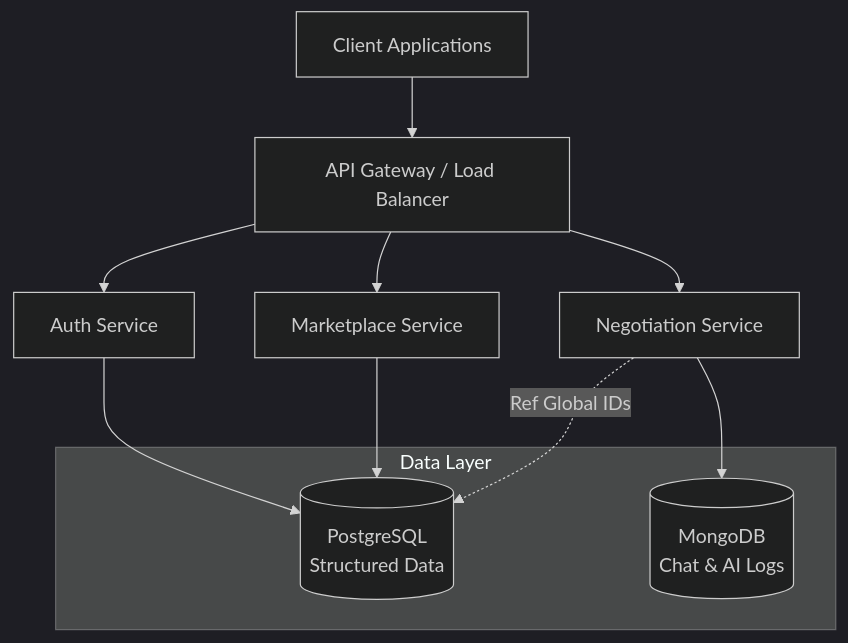
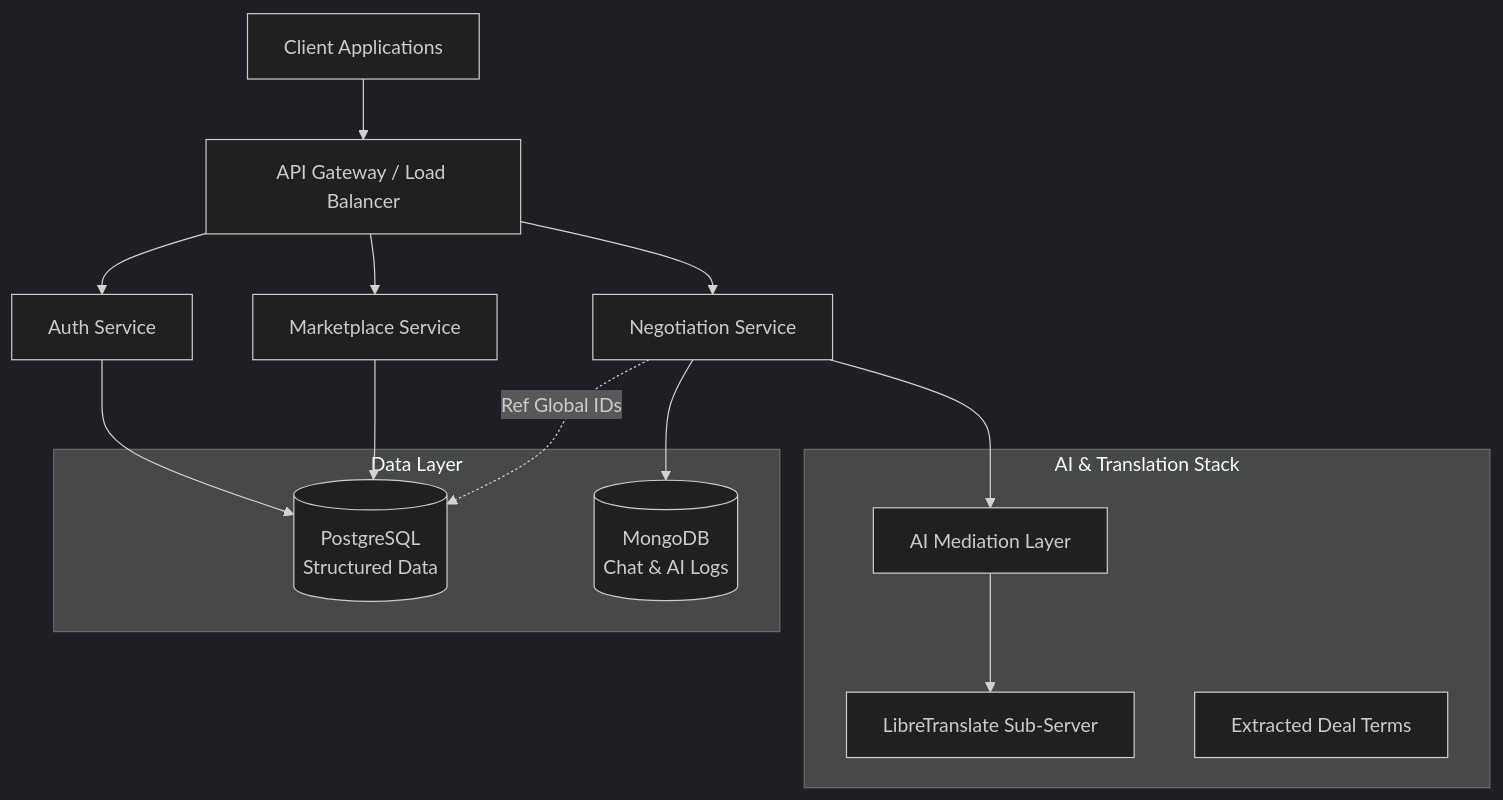
Before and after one commit to SowmyaLR/vikshitbharat: the diagram in README.md, drawn with Mermaid (dark theme). The commit also changed other lines of this file, not shown here.

````diff
--- a/README.md
+++ b/README.md
@@ -126,17 +150,25 @@
 ```mermaid
 graph TD
     Client[Client Applications] --> API[API Gateway / Load Balancer]
     API --> Auth[Auth Service]
     API --> Market[Marketplace Service]
     API --> Neg[Negotiation Service]
+
+    subgraph "AI & Translation Stack"
+        LT[LibreTranslate Sub-Server]
+        Med[AI Mediation Layer]
+        Ex[Extracted Deal Terms]
+    end
 
     subgraph "Data Layer"
         Postgres[(PostgreSQL\nStructured Data)]
         Mongo[(MongoDB\nChat & AI Logs)]
     end
 
     Auth --> Postgres
     Market --> Postgres
     Neg --> Mongo
     Neg -.->|Ref Global IDs| Postgres
+    Neg --> Med
+    Med --> LT
 ```
````
